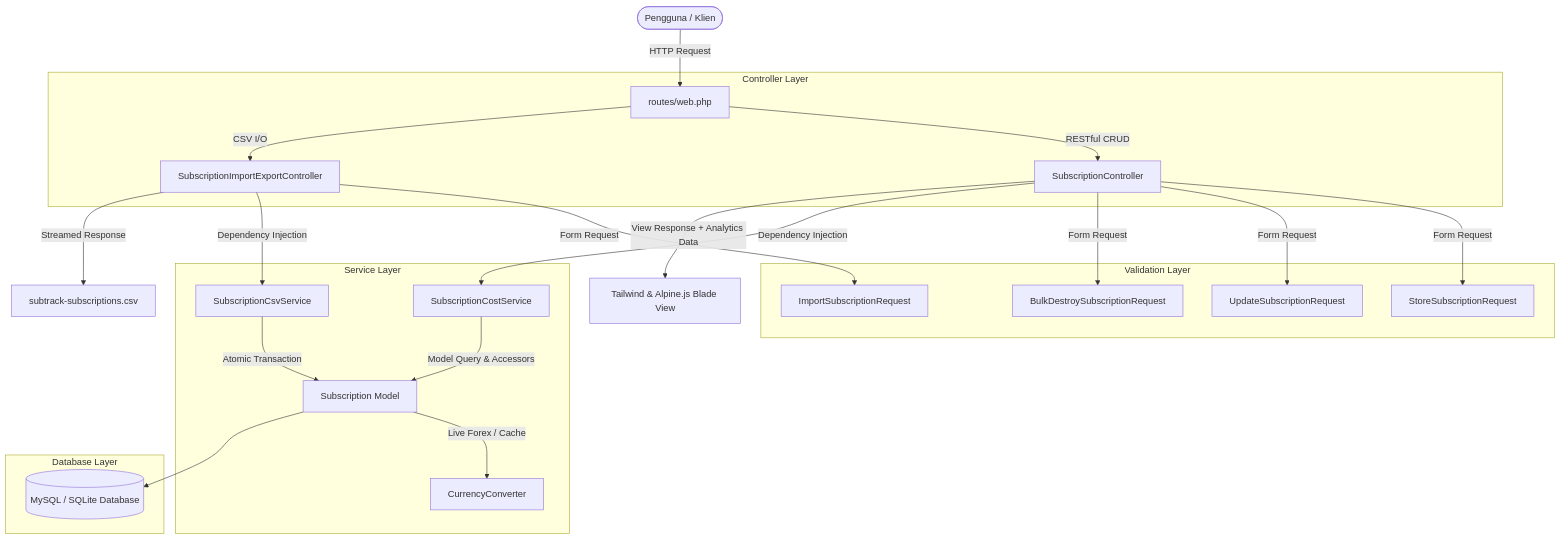
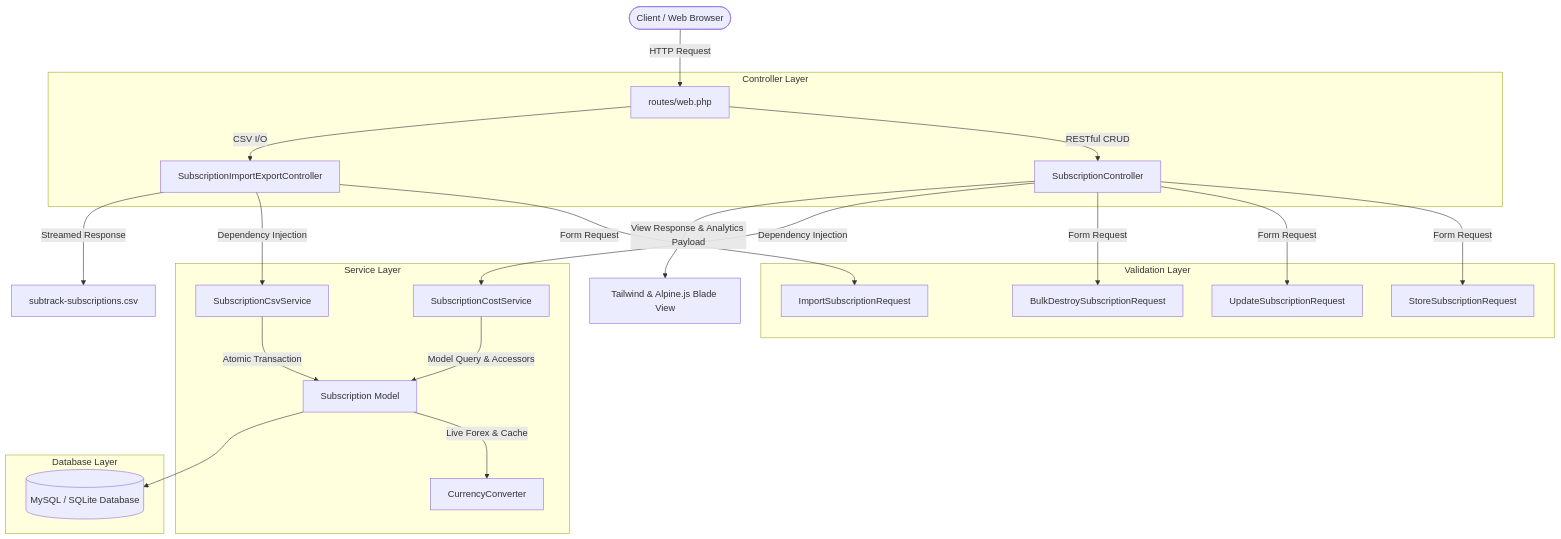
Before and after one commit to Nabil-Fauzan/subtrack: the diagram in README.md, drawn with Mermaid. The commit also changed other lines of this file, not shown here.

````diff
--- a/README.md
+++ b/README.md
@@ -69,31 +67,31 @@
 ```mermaid
 graph TD
-    User([Pengguna / Klien]) -->|HTTP Request| Router[routes/web.php]
+    User([Client / Web Browser]) -->|HTTP Request| Router[routes/web.php]
     
     subgraph Controller Layer
         Router -->|RESTful CRUD| SubCtrl[SubscriptionController]
         Router -->|CSV I/O| CsvCtrl[SubscriptionImportExportController]
     end
 
     subgraph Validation Layer
         SubCtrl -->|Form Request| StoreReq[StoreSubscriptionRequest]
         SubCtrl -->|Form Request| UpdateReq[UpdateSubscriptionRequest]
         SubCtrl -->|Form Request| BulkReq[BulkDestroySubscriptionRequest]
         CsvCtrl -->|Form Request| ImportReq[ImportSubscriptionRequest]
     end
 
     subgraph Service Layer
         SubCtrl -->|Dependency Injection| CostService[SubscriptionCostService]
         CsvCtrl -->|Dependency Injection| CsvService[SubscriptionCsvService]
         CostService -->|Model Query & Accessors| SubModel[Subscription Model]
-        SubModel -->|Live Forex / Cache| CurrService[CurrencyConverter]
+        SubModel -->|Live Forex & Cache| CurrService[CurrencyConverter]
         CsvService -->|Atomic Transaction| SubModel
     end
 
     subgraph Database Layer
         SubModel --> DB[(MySQL / SQLite Database)]
     end
     
-    SubCtrl -->|View Response + Analytics Data| BladeView[Tailwind & Alpine.js Blade View]
+    SubCtrl -->|View Response & Analytics Payload| BladeView[Tailwind & Alpine.js Blade View]
     CsvCtrl -->|Streamed Response| CSVDownload[subtrack-subscriptions.csv]
 ```
````
